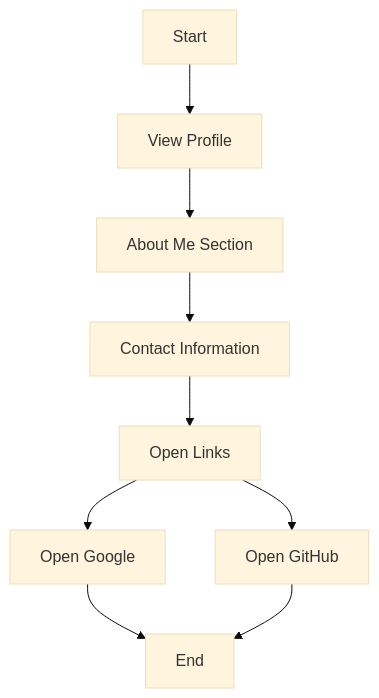
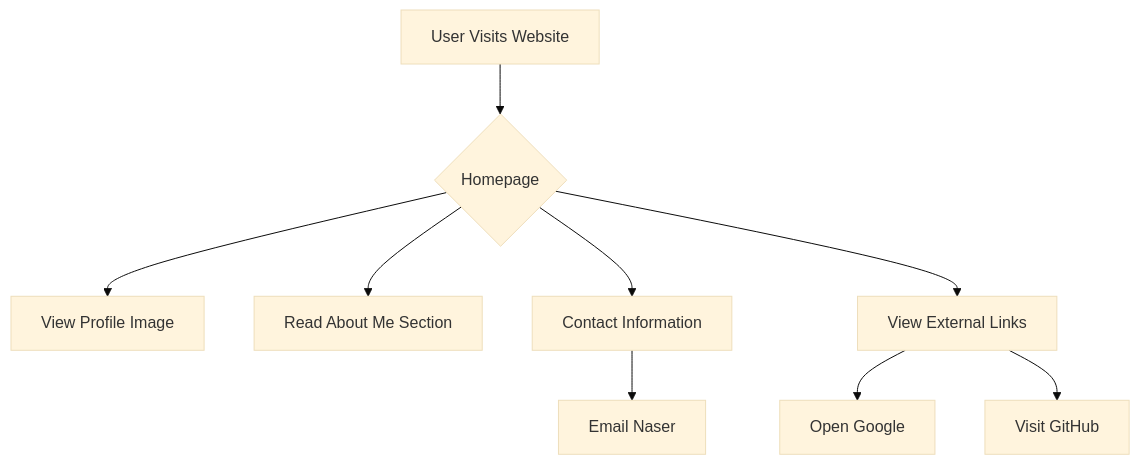
The diagram in docs/developer-guide.md (naseraljed-star/my_site), drawn with Mermaid (base theme) before and after one commit. The commit also changed other lines of this file and 2 other files, not shown here.

````diff
--- a/docs/developer-guide.md
+++ b/docs/developer-guide.md
@@ -15,11 +15,11 @@
 ```mermaid
 flowchart TD
-    A[Start] --> B[View Profile]
-    B --> C[About Me Section]
-    C --> D[Contact Information]
-    D --> E[Open Links]
-    E --> F[Open Google]
-    E --> G[Open GitHub]
-    F --> H[End]
-    G --> H
+    A[User Visits Website] --> B{Homepage}
+    B --> C[View Profile Image]
+    B --> D[Read About Me Section]
+    B --> E[Contact Information]
+    B --> F[View External Links]
+    E --> G[Email Naser]
+    F --> H[Open Google]
+    F --> I[Visit GitHub]
 ```
````
